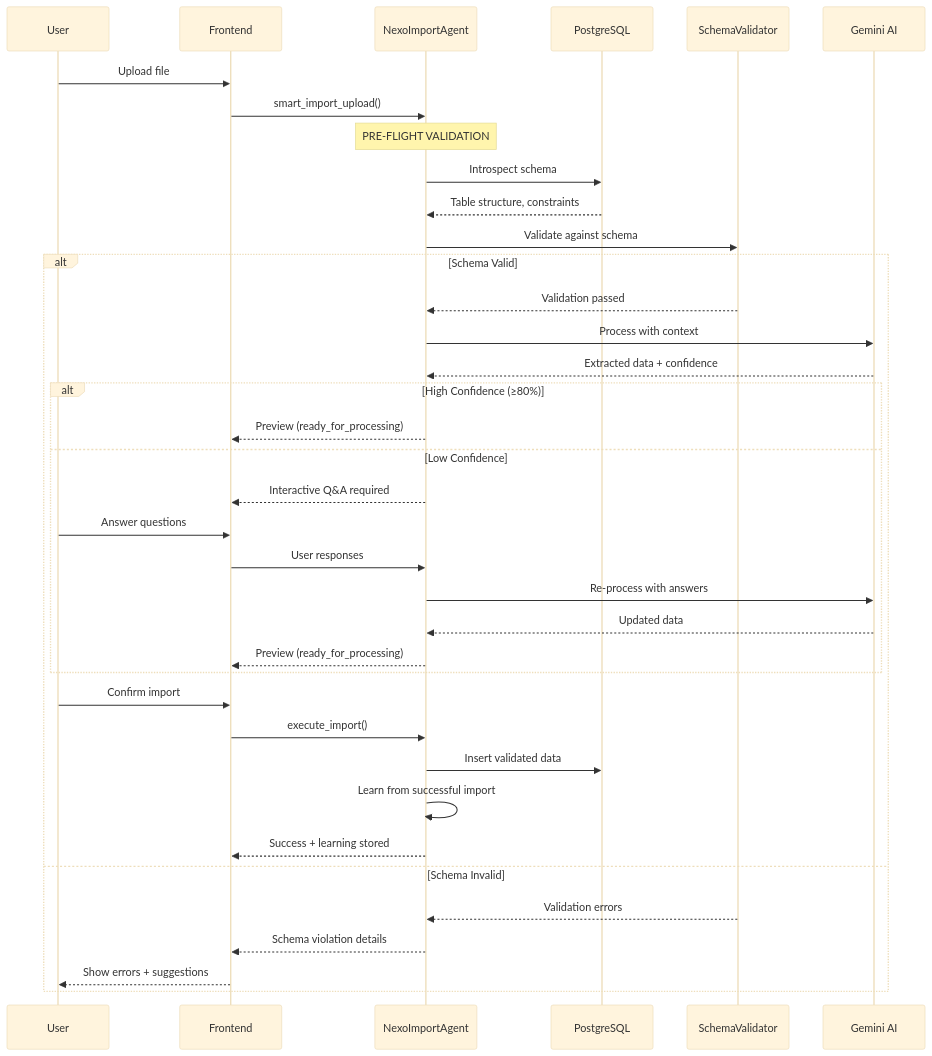
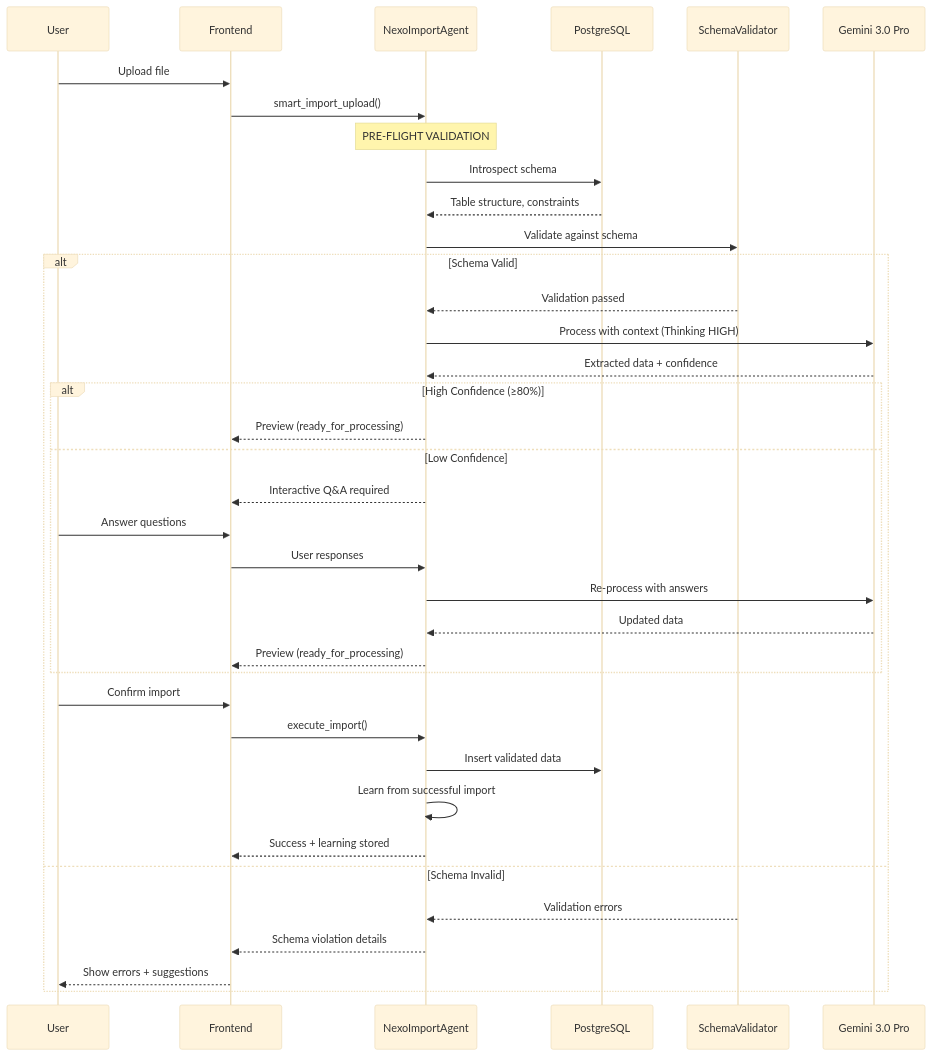
One commit to LPDigital-Agent/lpd-faiston-allinone changed diagram 13 of 20 in docs/architecture/SGA_ESTOQUE_ARCHITECTURE.md. Above: the diagram before and after it, drawn with Mermaid (base theme). The commit also changed other lines of this file, not shown here.

First line of the commit message:
📚 docs(architecture): update SGA_ESTOQUE_ARCHITECTURE for TRUE Multi-Agent A2A

````diff
--- a/docs/architecture/SGA_ESTOQUE_ARCHITECTURE.md
+++ b/docs/architecture/SGA_ESTOQUE_ARCHITECTURE.md
@@ -560,46 +794,46 @@
 ```mermaid
 sequenceDiagram
     participant U as User
     participant FE as Frontend
     participant NI as NexoImportAgent
     participant PG as PostgreSQL
     participant VAL as SchemaValidator
-    participant AI as Gemini AI
+    participant AI as Gemini 3.0 Pro
 
     U->>FE: Upload file
     FE->>NI: smart_import_upload()
 
     Note over NI: PRE-FLIGHT VALIDATION
     NI->>PG: Introspect schema
     PG-->>NI: Table structure, constraints
 
     NI->>VAL: Validate against schema
 
     alt Schema Valid
         VAL-->>NI: Validation passed
-        NI->>AI: Process with context
+        NI->>AI: Process with context (Thinking HIGH)
         AI-->>NI: Extracted data + confidence
 
         alt High Confidence (≥80%)
             NI-->>FE: Preview (ready_for_processing)
         else Low Confidence
             NI-->>FE: Interactive Q&A required
             U->>FE: Answer questions
             FE->>NI: User responses
             NI->>AI: Re-process with answers
             AI-->>NI: Updated data
             NI-->>FE: Preview (ready_for_processing)
         end
 
         U->>FE: Confirm import
         FE->>NI: execute_import()
         NI->>PG: Insert validated data
         NI->>NI: Learn from successful import
         NI-->>FE: Success + learning stored
 
     else Schema Invalid
         VAL-->>NI: Validation errors
         NI-->>FE: Schema violation details
         FE-->>U: Show errors + suggestions
     end
 ```
````
